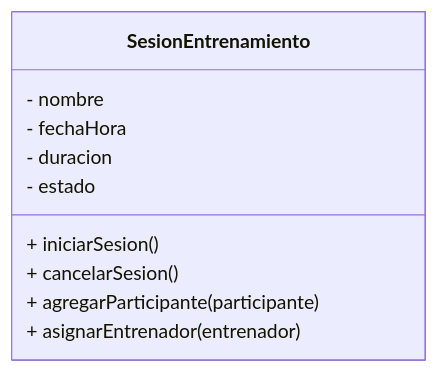
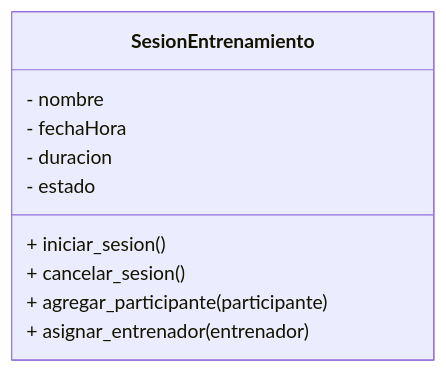
One commit to toonchavez8/Unir-Notes changed the tenth of 16 diagrams in Maestría-Ingeniería-de-Software/02-Metologias-Desarollo-y-Calidad/Actividades/Actividad_01_Miguel_DeJesus_Chavez_Barragan.md. Above: the diagram before and after it, drawn with Mermaid. The commit also changed other lines of this file and 3 other files, not shown here.

````diff
--- a/Maestría-Ingeniería-de-Software/02-Metologias-Desarollo-y-Calidad/Actividades/Actividad_01_Miguel_DeJesus_Chavez_Barragan.md
+++ b/Maestría-Ingeniería-de-Software/02-Metologias-Desarollo-y-Calidad/Actividades/Actividad_01_Miguel_DeJesus_Chavez_Barragan.md
@@ -465,13 +459,13 @@
 ```mermaid
 classDiagram
  class SesionEntrenamiento {
     - nombre
     - fechaHora
     - duracion
     - estado
-    + iniciarSesion()
-    + cancelarSesion()
-    + agregarParticipante(participante)
-    + asignarEntrenador(entrenador)
+    + iniciar_sesion()
+    + cancelar_sesion()
+    + agregar_participante(participante)
+    + asignar_entrenador(entrenador)
  }
 ```
````
